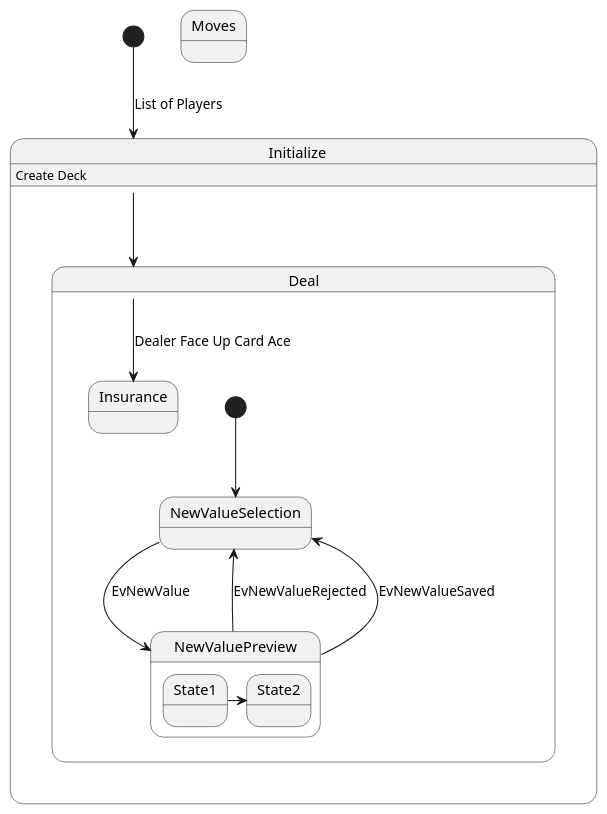
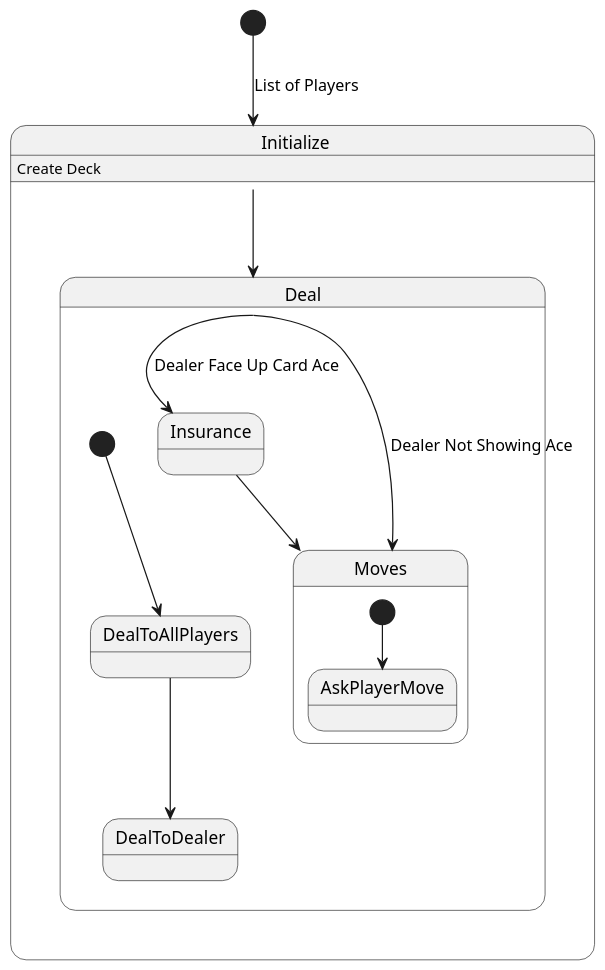
One commit to Inquisitive-ME/BlackJack changed the diagram in docs/games_flow.puml. Above: the diagram before and after it, drawn with PlantUML. The commit also changed 15 other files, not shown here.

Commit message:
Added command line player implementation for printing TODO: Add dealer interface to have a dealer that can also print for command line Also updated the game logic, need to break it up to testable pieces

```diff
--- a/docs/games_flow.puml
+++ b/docs/games_flow.puml
@@ -1,28 +1,26 @@
 @startuml
 [*] --> Initialize:List of Players
 scale 600 width
 state Initialize {
   Initialize: Create Deck
   Initialize -down-> Deal
 }
 
 state Deal {
-  [*] --> NewValueSelection
-  NewValueSelection --> NewValuePreview : EvNewValue
-  NewValuePreview --> NewValueSelection : EvNewValueRejected
-  NewValuePreview --> NewValueSelection : EvNewValueSaved
+  [*] --> DealToAllPlayers
+  DealToAllPlayers --> DealToDealer
 
-  state NewValuePreview {
-     State1 -> State2
-  }
   Deal -down-> Insurance: Dealer Face Up Card Ace
+  Deal -down-> Moves: Dealer Not Showing Ace
 }
 
 state Insurance{
+  Insurance -down->Moves
 }
 
 state Moves{
+[*] --> AskPlayerMove
 
 }
 
 @enduml
```
